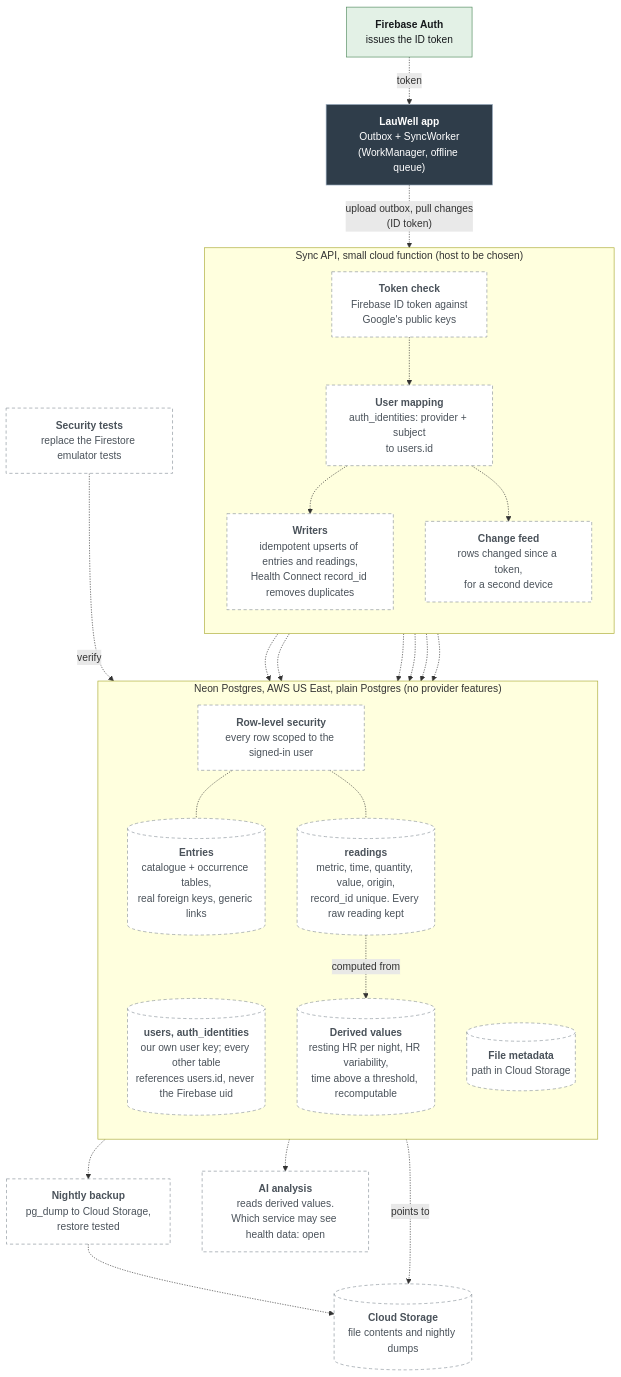
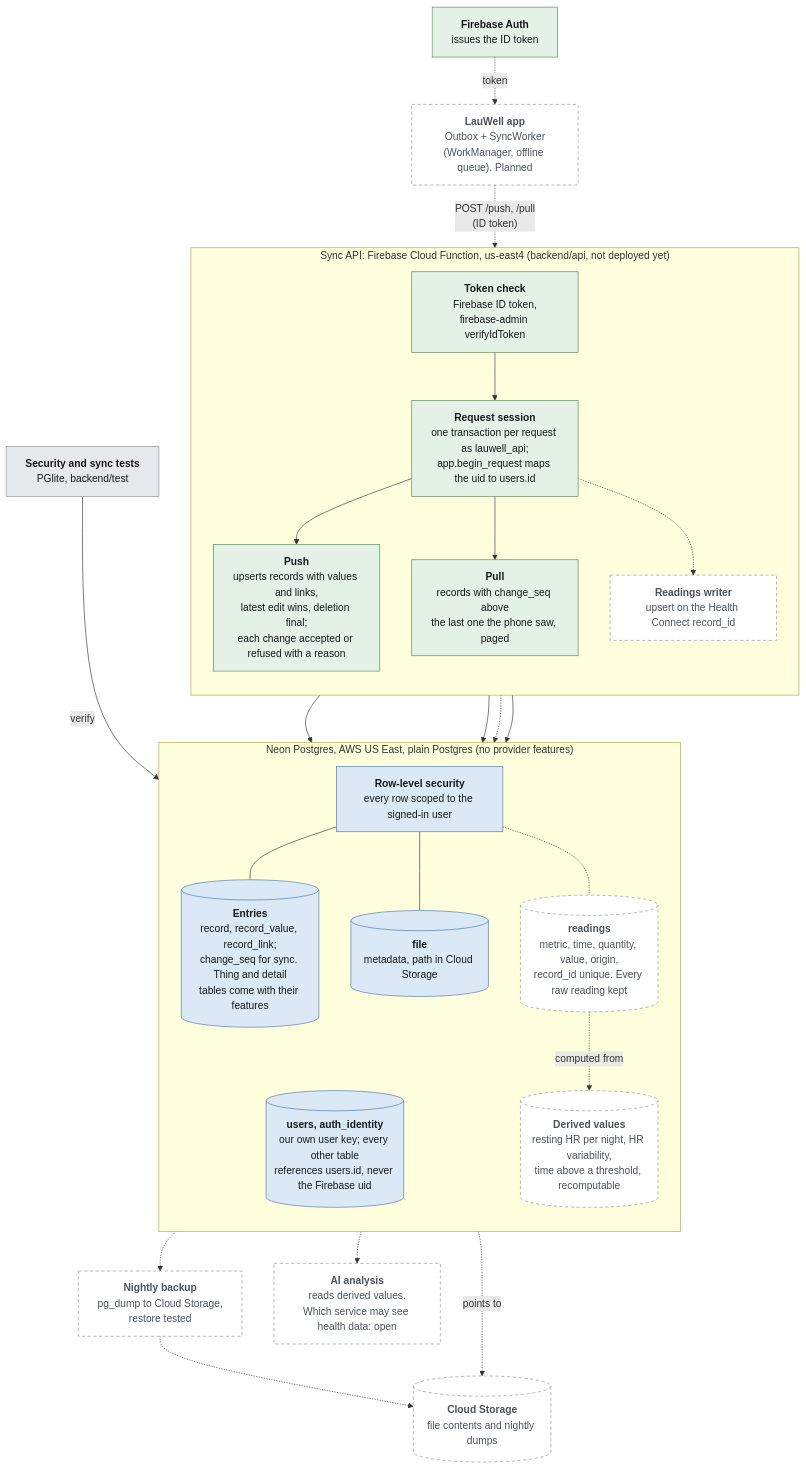
One commit to Laul/LauWell changed the diagram in docs/architecture/c4/c4-3-components-postgres.mmd. Above: the diagram before and after it, drawn with Mermaid. The commit also changed 15 other files, not shown here.

First line of the commit message:
[backend] Sync API: push and pull as a Firebase Cloud Function, tested on PGlite

```diff
--- a/docs/architecture/c4/c4-3-components-postgres.mmd
+++ b/docs/architecture/c4/c4-3-components-postgres.mmd
@@ -1,53 +1,57 @@
-%% C4 level 3 - Components of the Postgres store (Neon) and its sync API. All planned (M9), nothing built yet.
-%% Source: decisions of 2026-11-04 (Persistence, Raw readings, Provider: Neon) and the Identity section added 2026-11-06.
+%% C4 level 3 - Components of the Postgres store (Neon) and its sync API. Solid = built, dashed = planned.
+%% Updated 2026-11-11: schema v1 provisioned on Neon (backend/db/migrations); the sync API written (backend/api),
+%% not deployed yet. Source: decisions of 2026-11-04 (Persistence, Raw readings, Provider: Neon), Identity (2026-11-06),
+%% Sync: our own (2026-11-09).
 flowchart TB
   classDef app fill:#2f3d4a,stroke:#9fb2c4,color:#ffffff
+  classDef store fill:#dbe8f5,stroke:#4b78a8,color:#16191C
   classDef cloud fill:#e3f1e6,stroke:#4f8a5c,color:#16191C
   classDef ext fill:#e6e9ec,stroke:#8a939b,color:#16191C
   classDef planned fill:#ffffff,stroke:#8a939b,color:#4a525a,stroke-dasharray:5 4
 
-  APP["<b>LauWell app</b><br/>Outbox + SyncWorker<br/>(WorkManager, offline queue)"]:::app
+  APP["<b>LauWell app</b><br/>Outbox + SyncWorker<br/>(WorkManager, offline queue). Planned"]:::planned
   AUTH["<b>Firebase Auth</b><br/>issues the ID token"]:::cloud
 
-  subgraph API["Sync API, small cloud function (host to be chosen)"]
+  subgraph API["Sync API: Firebase Cloud Function, us-east4 (backend/api, not deployed yet)"]
     direction TB
-    VERIFY["<b>Token check</b><br/>Firebase ID token against<br/>Google's public keys"]:::planned
-    MAP["<b>User mapping</b><br/>auth_identities: provider + subject<br/>to users.id"]:::planned
-    WRITE["<b>Writers</b><br/>idempotent upserts of entries and readings,<br/>Health Connect record_id removes duplicates"]:::planned
-    FEED["<b>Change feed</b><br/>rows changed since a token,<br/>for a second device"]:::planned
+    VERIFY["<b>Token check</b><br/>Firebase ID token,<br/>firebase-admin verifyIdToken"]:::cloud
+    MAP["<b>Request session</b><br/>one transaction per request as lauwell_api;<br/>app.begin_request maps the uid to users.id"]:::cloud
+    WRITE["<b>Push</b><br/>upserts records with values and links,<br/>latest edit wins, deletion final;<br/>each change accepted or refused with a reason"]:::cloud
+    FEED["<b>Pull</b><br/>records with change_seq above<br/>the last one the phone saw, paged"]:::cloud
+    RWRITE["<b>Readings writer</b><br/>upsert on the Health Connect record_id"]:::planned
   end
 
   subgraph PG["Neon Postgres, AWS US East, plain Postgres (no provider features)"]
     direction TB
-    USERS[("<b>users, auth_identities</b><br/>our own user key; every other table<br/>references users.id, never the Firebase uid")]:::planned
-    ENT[("<b>Entries</b><br/>catalogue + occurrence tables,<br/>real foreign keys, generic links")]:::planned
+    USERS[("<b>users, auth_identity</b><br/>our own user key; every other table<br/>references users.id, never the Firebase uid")]:::store
+    ENT[("<b>Entries</b><br/>record, record_value, record_link;<br/>change_seq for sync. Thing and detail<br/>tables come with their features")]:::store
     RD[("<b>readings</b><br/>metric, time, quantity, value, origin,<br/>record_id unique. Every raw reading kept")]:::planned
-    FILEM[("<b>File metadata</b><br/>path in Cloud Storage")]:::planned
+    FILEM[("<b>file</b><br/>metadata, path in Cloud Storage")]:::store
     DER[("<b>Derived values</b><br/>resting HR per night, HR variability,<br/>time above a threshold, recomputable")]:::planned
-    RLS["<b>Row-level security</b><br/>every row scoped to the signed-in user"]:::planned
+    RLS["<b>Row-level security</b><br/>every row scoped to the signed-in user"]:::store
   end
 
   ST[("<b>Cloud Storage</b><br/>file contents and nightly dumps")]:::planned
   BKP["<b>Nightly backup</b><br/>pg_dump to Cloud Storage,<br/>restore tested"]:::planned
-  TESTS["<b>Security tests</b><br/>replace the Firestore emulator tests"]:::planned
+  TESTS["<b>Security and sync tests</b><br/>PGlite, backend/test"]:::ext
   AI["<b>AI analysis</b><br/>reads derived values.<br/>Which service may see health data: open"]:::planned
 
-  APP -.->|"upload outbox, pull changes<br/>(ID token)"| VERIFY
+  APP -.->|"POST /push, /pull<br/>(ID token)"| VERIFY
   AUTH -.->|"token"| APP
-  VERIFY -.-> MAP
-  MAP -.-> WRITE
-  MAP -.-> FEED
-  WRITE -.-> ENT
-  WRITE -.-> RD
-  WRITE -.-> FILEM
-  FEED -.-> ENT
-  FEED -.-> RD
-  MAP -.-> USERS
-  RLS -.- ENT
+  VERIFY --> MAP
+  MAP --> WRITE
+  MAP --> FEED
+  MAP -.-> RWRITE
+  WRITE --> ENT
+  FEED --> ENT
+  RWRITE -.-> RD
+  MAP --> USERS
+  RLS --- ENT
+  RLS --- FILEM
   RLS -.- RD
   RD -.->|"computed from"| DER
   DER -.-> AI
   FILEM -.->|"points to"| ST
   PG -.-> BKP
   BKP -.-> ST
-  TESTS -.->|"verify"| RLS
+  TESTS -->|"verify"| RLS
```
